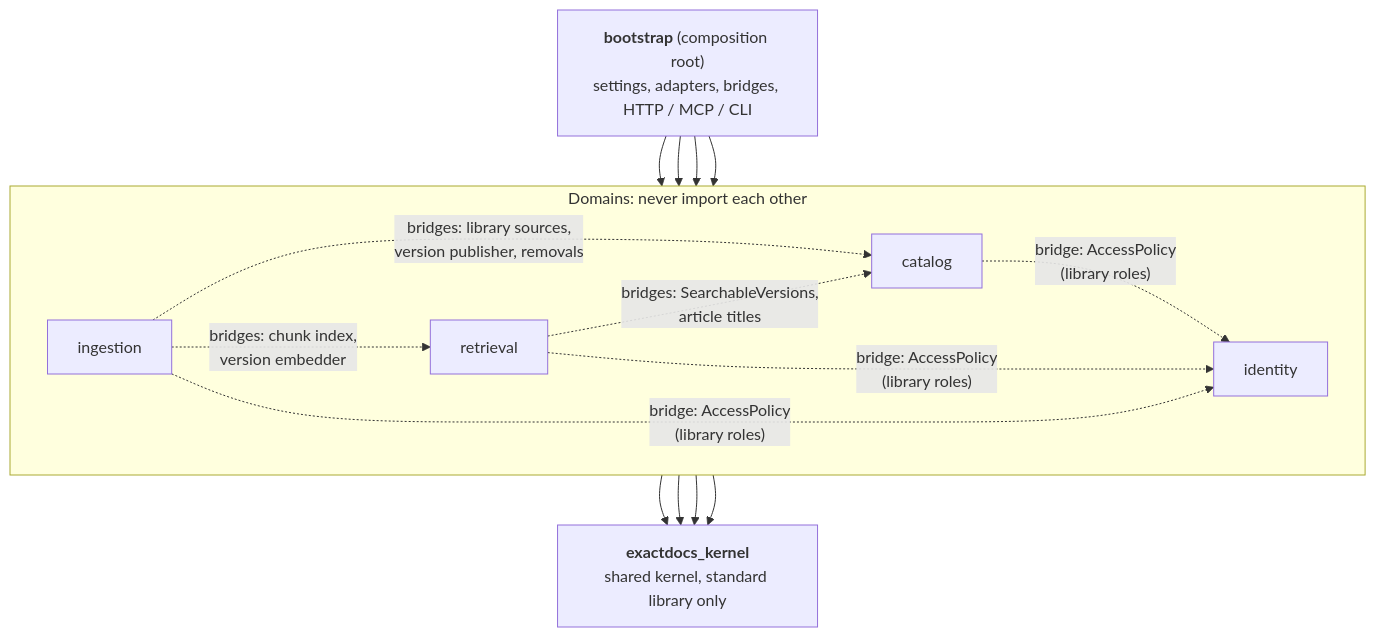
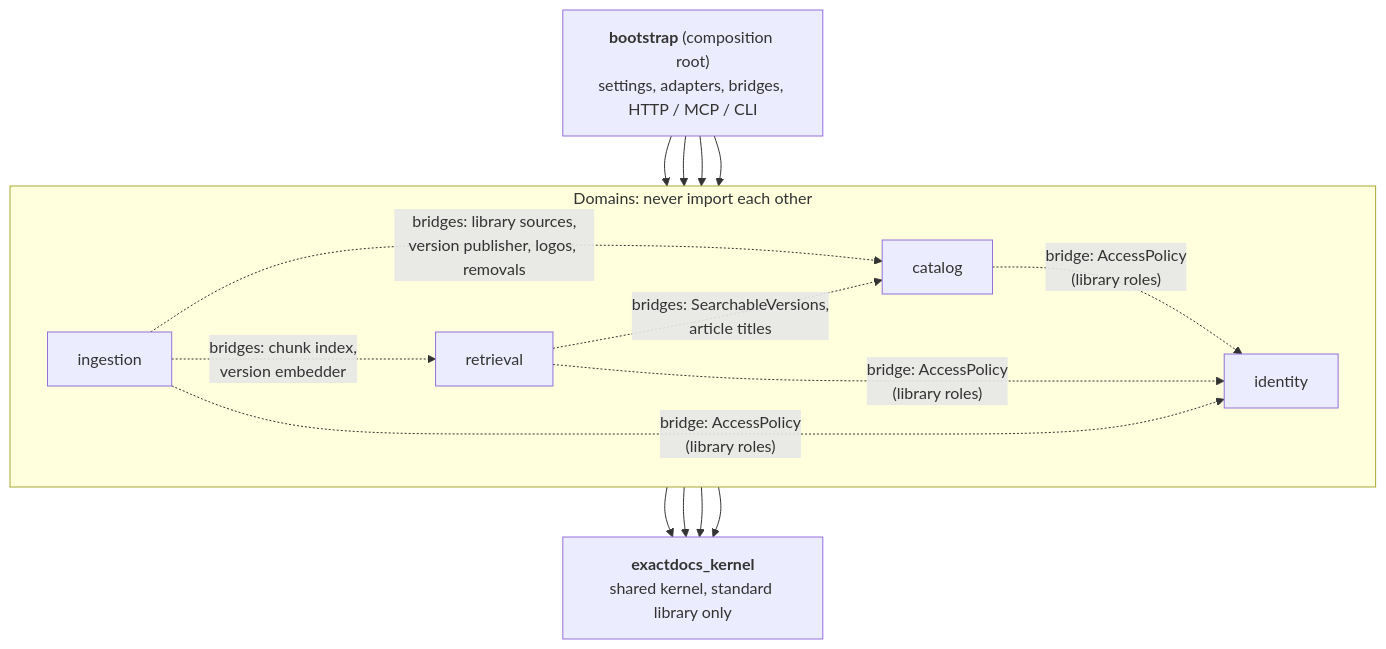
One commit to SirCypkowskyy/ExactDocs changed the second of 7 diagrams in docs/architecture.md. Above: the diagram before and after it, drawn with Mermaid. The commit also changed other lines of this file and 38 other files, not shown here.

````diff
--- a/docs/architecture.md
+++ b/docs/architecture.md
@@ -65,18 +65,18 @@
 ```mermaid
 flowchart TD
     boot["<b>bootstrap</b> (composition root)<br/>settings, adapters, bridges, HTTP / MCP / CLI"]
     subgraph domains [Domains: never import each other]
         direction LR
         catalog
         identity
         retrieval
         ingestion
     end
     kernel["<b>exactdocs_kernel</b><br/>shared kernel, standard library only"]
     boot --> catalog & identity & retrieval & ingestion
     catalog & identity & retrieval & ingestion --> kernel
     retrieval -. "bridges: SearchableVersions,<br/>article titles" .-> catalog
-    ingestion -. "bridges: library sources,<br/>version publisher, removals" .-> catalog
+    ingestion -. "bridges: library sources,<br/>version publisher, logos, removals" .-> catalog
     ingestion -. "bridges: chunk index,<br/>version embedder" .-> retrieval
     catalog & retrieval & ingestion -. "bridge: AccessPolicy<br/>(library roles)" .-> identity
 ```
````
